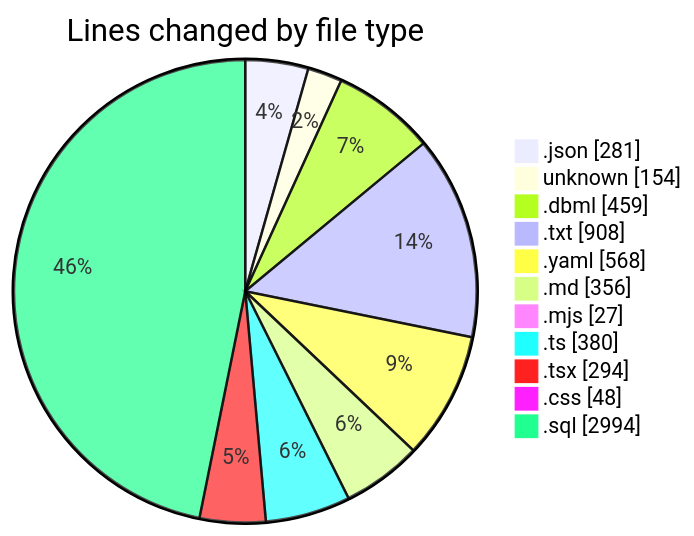
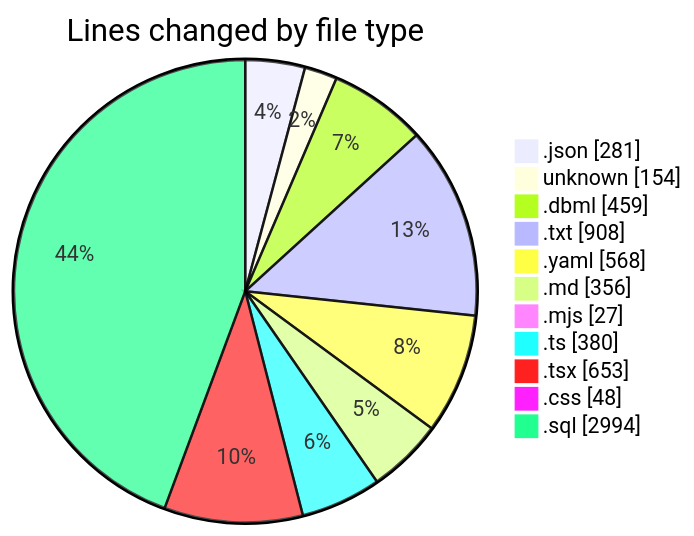
The first of 2 diagrams in 2025-10-02/oura-api/README.md (mevix1/code-tracking), drawn with Mermaid before and after one commit. The commit also changed other lines of this file and 1 other file, not shown here.

````diff
--- a/2025-10-02/oura-api/README.md
+++ b/2025-10-02/oura-api/README.md
@@ -65,15 +71,15 @@
 ```mermaid
 pie showData
 title Lines changed by file type
 ".json" : 281
 "unknown" : 154
 ".dbml" : 459
 ".txt" : 908
 ".yaml" : 568
 ".md" : 356
 ".mjs" : 27
 ".ts" : 380
-".tsx" : 294
+".tsx" : 653
 ".css" : 48
 ".sql" : 2994
 ```
````
